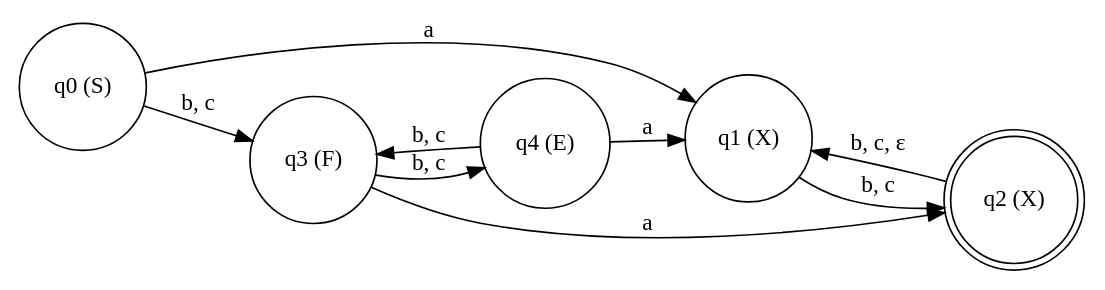
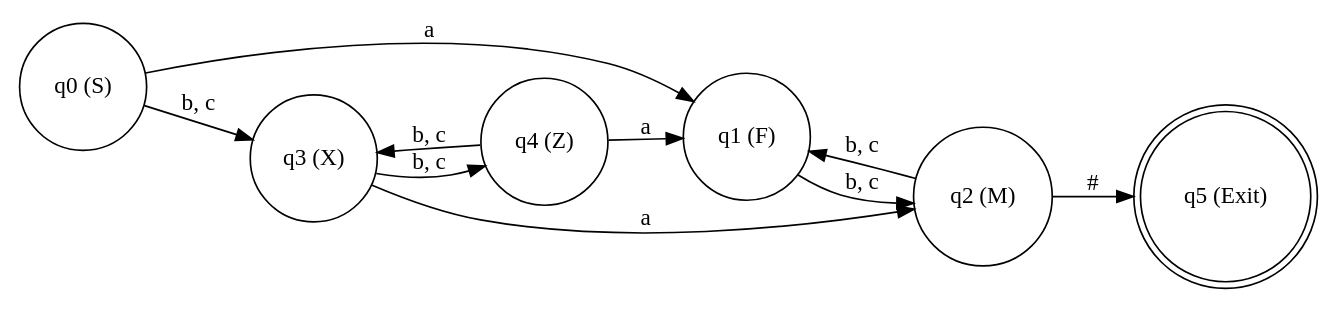
One commit to StXoTTaBbl4/University changed the diagram in Весна/Compilers/hw1/third_graph.dot. Above: the diagram before and after it, drawn with Graphviz. The commit also changed 5 other files, not shown here.

```diff
--- a/Весна/Compilers/hw1/third_graph.dot
+++ b/Весна/Compilers/hw1/third_graph.dot
@@ -1,20 +1,22 @@
 digraph DKA {
     rankdir=LR;
     
     // Состояния
     q0 [label="q0 (S)" shape=circle];
-    q1 [label="q1 (X)" shape=circle];
-    q2 [label="q2 (X)" shape=doublecircle];
-    q3 [label="q3 (F)" shape=circle];
-    q4 [label="q4 (E)" shape=circle];
+    q1 [label="q1 (F)" shape=circle];
+    q2 [label="q2 (M)" shape=circle];
+    q3 [label="q3 (X)" shape=circle];
+    q4 [label="q4 (Z)" shape=circle];
+    q5 [label="q5 (Exit)" shape=doublecircle];
 
     // Переходы
     q0 -> q1 [label="a"];
     q0 -> q3 [label="b, c"];
     q1 -> q2 [label="b, c"];
-    q2 -> q1 [label="b, c, ε"];
+    q2 -> q1 [label="b, c"];
+    q2 -> q5 [label="#"];
     q3 -> q2 [label="a"];
     q3 -> q4 [label="b, c"];
     q4 -> q1 [label="a"];
     q4 -> q3 [label="b, c"];
 }	
```
